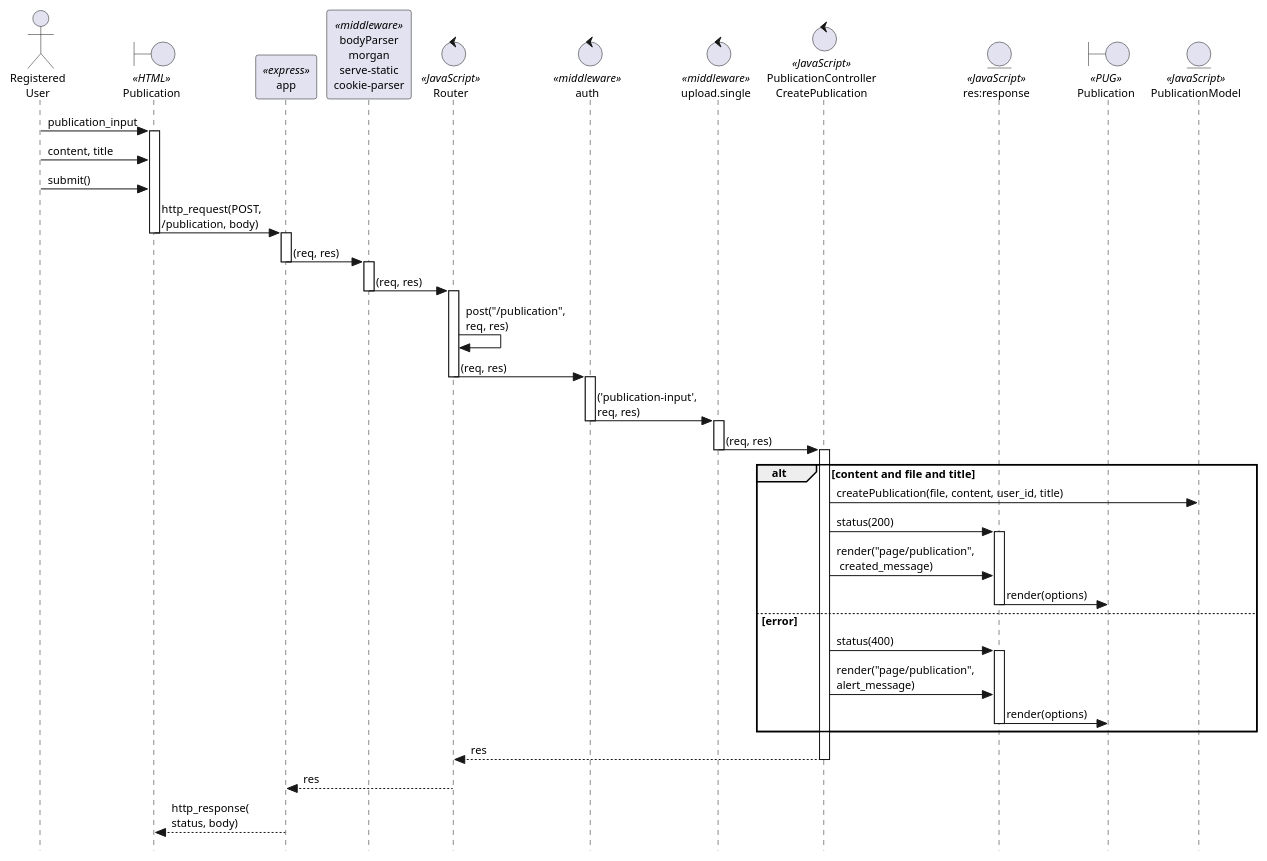
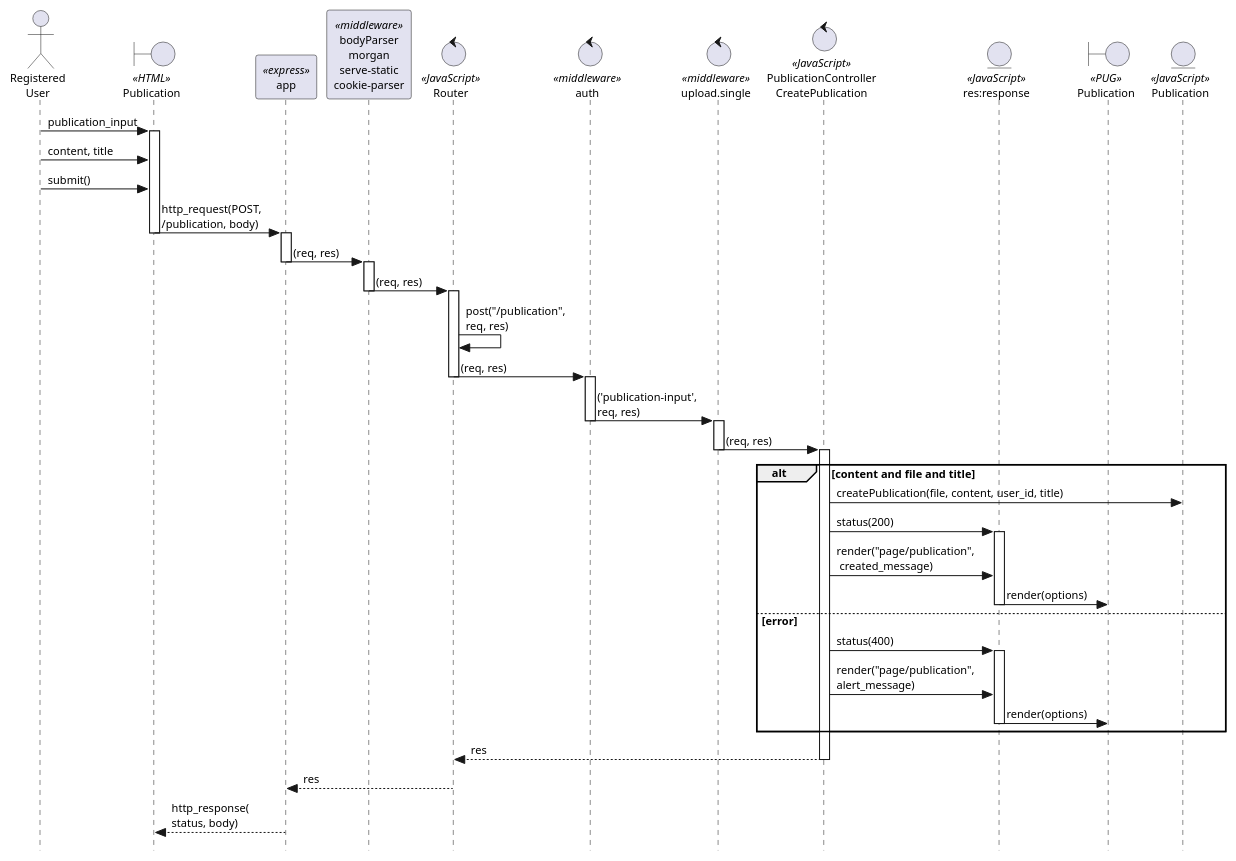
One commit to mpaulaherrero/tesis-frameworks-backend-diagrams changed the diagram in logicalView/designView/express/usecaseDesign/interactionsSequenceUC7Reducido.plantuml. Above: the diagram before and after it, drawn with PlantUML. The commit also changed 4 other files, not shown here.

Commit message:
cambio de nombre de modelo y postgresql en diagrama de secuencia

```diff
--- a/logicalView/designView/express/usecaseDesign/interactionsSequenceUC7Reducido.plantuml
+++ b/logicalView/designView/express/usecaseDesign/interactionsSequenceUC7Reducido.plantuml
@@ -1,67 +1,67 @@
 @startuml
 skinparam style strictuml
 skinparam defaultFontSize 11
 skinparam stereotypePosition top
 
 actor "Registered\nUser" as UserReg
 
 boundary "Publication" as PublicationHtml << HTML >>
 
 participant app << express >>
 participant "bodyParser\nmorgan\nserve-static\ncookie-parser" as middlewars << middleware >>
 
 control Router << JavaScript >>
 
 control auth << middleware >>
 control "upload.single" as uploadSingle << middleware >>
 
 control "PublicationController\nCreatePublication" as CreatePublicationController << JavaScript >>
 
 entity "res:response" as response << JavaScript >>
 boundary "Publication" as PublicationDetailView << PUG >>
-entity PublicationModel << JavaScript >>
+entity Publication << JavaScript >>
 
 UserReg -> PublicationHtml: publication_input
 activate PublicationHtml
 UserReg -> PublicationHtml: content, title
 UserReg -> PublicationHtml: submit()
 PublicationHtml -> app: http_request(POST, \n/publication, body)
 deactivate PublicationHtml
 activate app
 app -> middlewars: (req, res)
 deactivate app
 activate middlewars
 middlewars -> Router: (req, res)
 deactivate middlewars
 activate Router
 Router -> Router: post("/publication", \nreq, res)
 Router -> auth: (req, res)
 deactivate Router
 activate auth
 auth -> uploadSingle: ('publication-input',\nreq, res)
 deactivate auth
 activate uploadSingle
 uploadSingle -> CreatePublicationController: (req, res)
 deactivate uploadSingle
 activate CreatePublicationController
 alt content and file and title
-    CreatePublicationController -> PublicationModel: createPublication(file, content, user_id, title)
+    CreatePublicationController -> Publication: createPublication(file, content, user_id, title)
     CreatePublicationController -> response: status(200)
     activate response
     CreatePublicationController -> response: render("page/publication", \n created_message)
     response -> PublicationDetailView: render(options)
     deactivate response
 else error
     CreatePublicationController -> response: status(400)
     activate response
     CreatePublicationController -> response: render("page/publication", \nalert_message)
     response -> PublicationDetailView: render(options)
     deactivate response
 end
 
 CreatePublicationController --> Router: res
 deactivate CreatePublicationController
 Router --> app: res
 app --> PublicationHtml: http_response(\nstatus, body)
 
 @enduml
```
